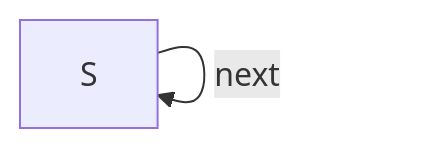
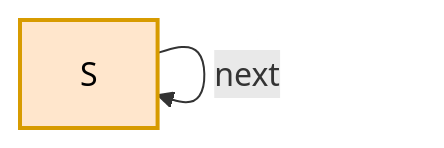
Before and after one commit to co-dh/Tc: the second of 3 diagrams in fong/migration.md, drawn with Mermaid. The commit also changed other lines of this file, not shown here.

First line of the commit message:
fong: color the mermaid blocks in migration.md

````diff
--- a/fong/migration.md
+++ b/fong/migration.md
@@ -48,5 +50,7 @@
 ```mermaid
 %% id: DDS
 flowchart LR
   S -- next --> S
+  classDef obj fill:#ffe6cc,stroke:#d79b00,stroke-width:2px,color:#000
+  class S obj
 ```
````
